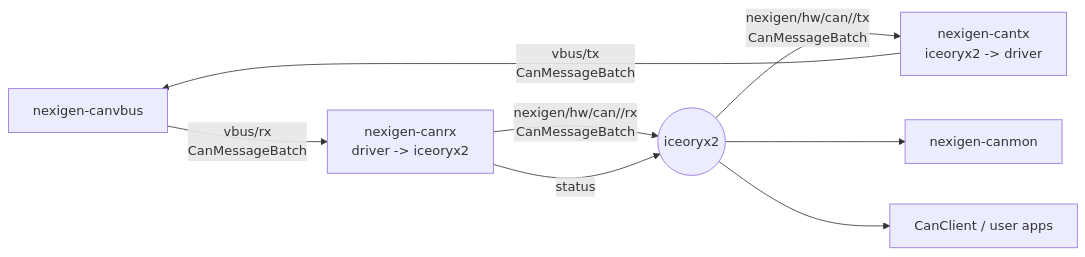
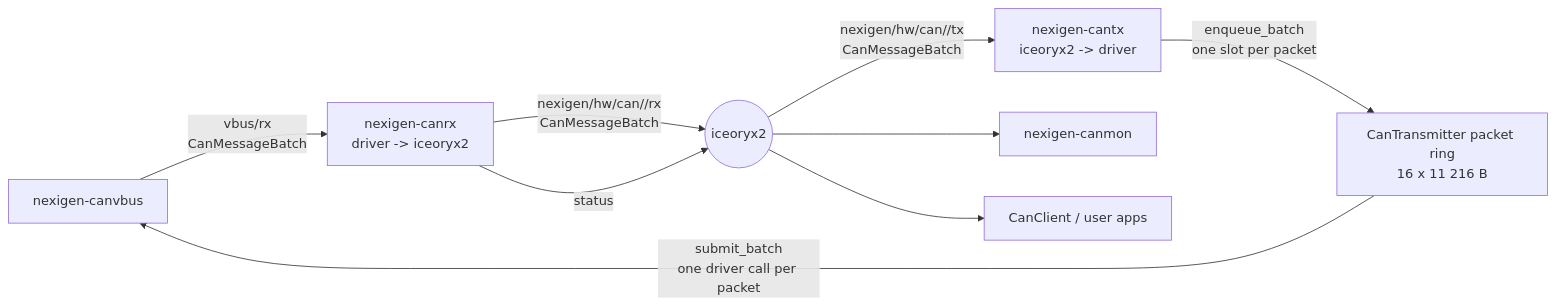
One commit to nexigen-tech/nexigen-cpp changed the eighth of 16 diagrams in docs/architecture.md. Above: the diagram before and after it, drawn with Mermaid. The commit also changed other lines of this file and 40 other files, not shown here.

First line of the commit message:
perf(can): batch transmit queue and consume waitset activations

````diff
--- a/docs/architecture.md
+++ b/docs/architecture.md
@@ -972,13 +972,14 @@
 ```mermaid
 flowchart LR
     VBUS["nexigen-canvbus"]
     RX["nexigen-canrx<br/>driver -> iceoryx2"]
     TX["nexigen-cantx<br/>iceoryx2 -> driver"]
     VBUS -->|"vbus/rx<br/>CanMessageBatch"| RX
-    TX -->|"vbus/tx<br/>CanMessageBatch"| VBUS
     RX -->|"nexigen/hw/can/<ch>/rx<br/>CanMessageBatch"| BUS(("iceoryx2"))
     BUS -->|"nexigen/hw/can/<ch>/tx<br/>CanMessageBatch"| TX
+    TX -->|"enqueue_batch<br/>one slot per packet"| RING["CanTransmitter packet ring<br/>16 x 11 216 B"]
+    RING -->|"submit_batch<br/>one driver call per packet"| VBUS
     BUS --> MON["nexigen-canmon"]
     BUS --> APPS["CanClient / user apps"]
     RX -->|"status"| BUS
 ```
````
